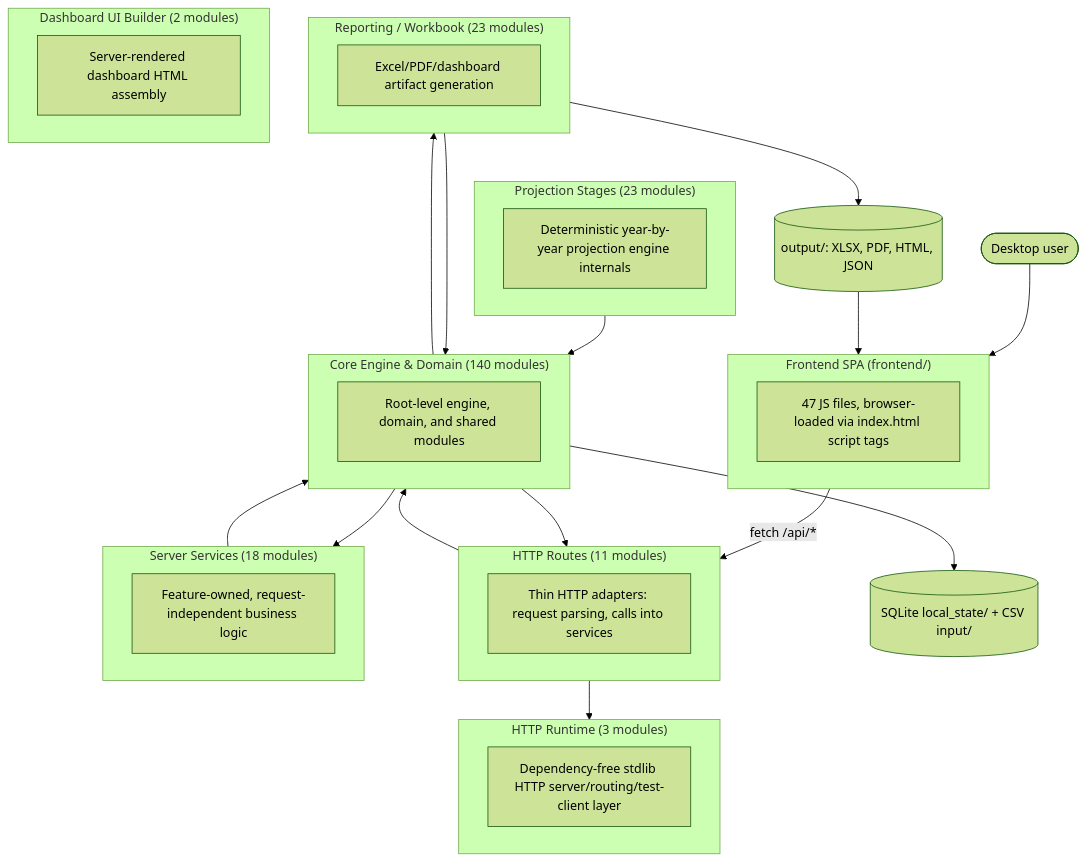
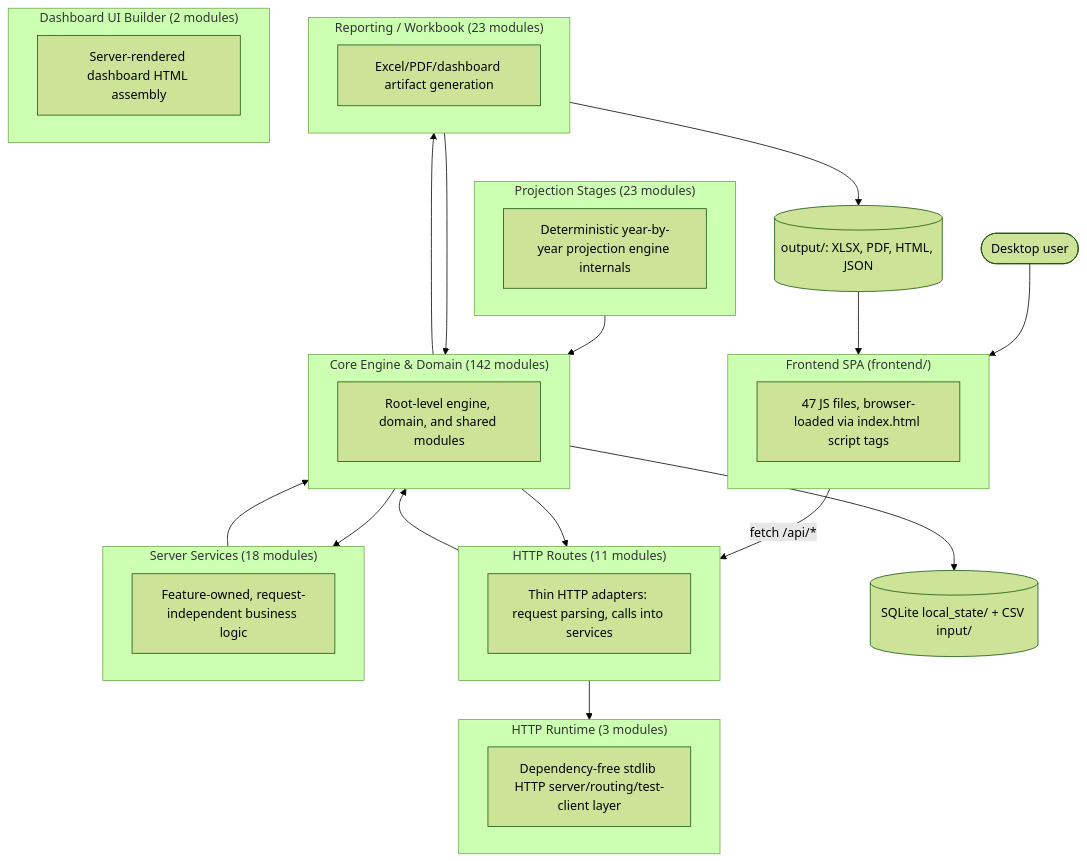
The first of 2 diagrams in documentation/reference/SYSTEM_ARCHITECTURE_DIAGRAM.md (matthartzman/retirement_system), drawn with Mermaid (forest theme) before and after one commit. The commit also changed other lines of this file and 12 other files, not shown here.

````diff
--- a/documentation/reference/SYSTEM_ARCHITECTURE_DIAGRAM.md
+++ b/documentation/reference/SYSTEM_ARCHITECTURE_DIAGRAM.md
@@ -11,40 +11,40 @@
 ```mermaid
 flowchart TB
     User(["Desktop user"]) --> FE
     subgraph FE["Frontend SPA (frontend/)"]
         FEcount["47 JS files, browser-loaded via index.html script tags"]
     end
     FE -->|fetch /api/*| L_HTTP_Routes
     subgraph L_HTTP_Routes["HTTP Routes (11 modules)"]
         L_HTTP_Routes_d["Thin HTTP adapters: request parsing, calls into services"]
     end
     subgraph L_Server_Services["Server Services (18 modules)"]
         L_Server_Services_d["Feature-owned, request-independent business logic"]
     end
     subgraph L_HTTP_Runtime["HTTP Runtime (3 modules)"]
         L_HTTP_Runtime_d["Dependency-free stdlib HTTP server/routing/test-client layer"]
     end
-    subgraph L_Core_Engine___Domain["Core Engine & Domain (140 modules)"]
+    subgraph L_Core_Engine___Domain["Core Engine & Domain (142 modules)"]
         L_Core_Engine___Domain_d["Root-level engine, domain, and shared modules"]
     end
     subgraph L_Projection_Stages["Projection Stages (23 modules)"]
         L_Projection_Stages_d["Deterministic year-by-year projection engine internals"]
     end
     subgraph L_Reporting___Workbook["Reporting / Workbook (23 modules)"]
         L_Reporting___Workbook_d["Excel/PDF/dashboard artifact generation"]
     end
     subgraph L_Dashboard_UI_Builder["Dashboard UI Builder (2 modules)"]
         L_Dashboard_UI_Builder_d["Server-rendered dashboard HTML assembly"]
     end
     L_Core_Engine___Domain --> L_HTTP_Routes
     L_Core_Engine___Domain --> L_Reporting___Workbook
     L_Core_Engine___Domain --> L_Server_Services
     L_HTTP_Routes --> L_Core_Engine___Domain
     L_HTTP_Routes --> L_HTTP_Runtime
     L_Projection_Stages --> L_Core_Engine___Domain
     L_Reporting___Workbook --> L_Core_Engine___Domain
     L_Server_Services --> L_Core_Engine___Domain
     L_Core_Engine___Domain --> DB[("SQLite local_state/ + CSV input/")]
     L_Reporting___Workbook --> Outputs[("output/: XLSX, PDF, HTML, JSON")]
     Outputs --> FE
 ```
````
